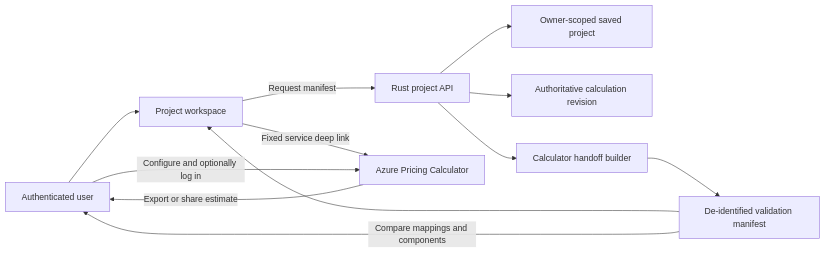
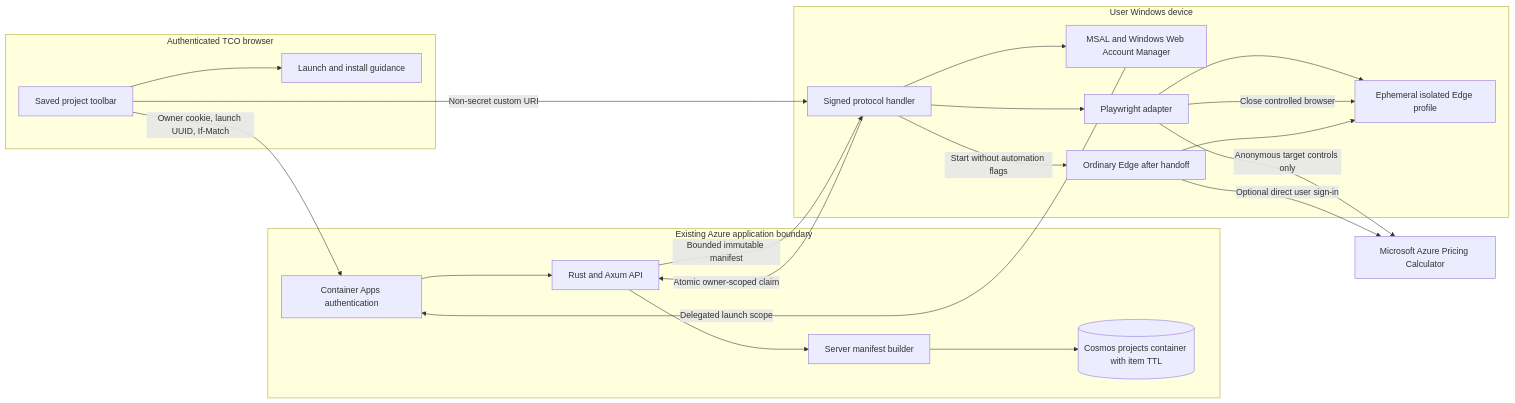
One commit to threadkeeper/tco-calculator changed the first of 3 diagrams in research/azure_open_calulator.md. Above: the diagram before and after it, drawn with Mermaid. The commit also changed other lines of this file and 28 other files, not shown here.

Commit message:
feat: add Windows calculator companion scaffold

````diff
--- a/research/azure_open_calulator.md
+++ b/research/azure_open_calulator.md
@@ -188,14 +264,39 @@
 ```mermaid
 flowchart LR
-    U[Authenticated user] --> W[Project workspace]
-    W -->|Request manifest| A[Rust project API]
-    A --> P[Owner-scoped saved project]
-    A --> R[Authoritative calculation revision]
-    A --> H[Calculator handoff builder]
-    H --> M[De-identified validation manifest]
-    M --> W
-    W -->|Fixed service deep link| C[Azure Pricing Calculator]
-    U -->|Configure and optionally log in| C
-    C -->|Export or share estimate| U
-    M -->|Compare mappings and components| U
+    subgraph Browser[Authenticated TCO browser]
+        UI[Saved project toolbar]
+      NOTICE[Launch and install guidance]
+    end
+    subgraph Azure[Existing Azure application boundary]
+        API[Rust and Axum API]
+        BUILD[Server manifest builder]
+        DB[(Cosmos projects container with item TTL)]
+        AUTH[Container Apps authentication]
+    end
+    subgraph Device[User Windows device]
+        ACT[Signed protocol handler]
+        WAM[MSAL and Windows Web Account Manager]
+        PW[Playwright adapter]
+        PDIR[Ephemeral isolated Edge profile]
+        EDGE[Ordinary Edge after handoff]
+    end
+    CALC[Microsoft Azure Pricing Calculator]
+
+    UI -->|Owner cookie, launch UUID, If-Match| AUTH
+    AUTH --> API
+    API --> BUILD
+    BUILD --> DB
+    UI -->|Non-secret custom URI| ACT
+    ACT --> WAM
+    WAM -->|Delegated launch scope| AUTH
+    ACT -->|Atomic owner-scoped claim| API
+    API -->|Bounded immutable manifest| ACT
+    ACT --> PW
+    PW --> PDIR
+    PW -->|Anonymous target controls only| CALC
+    PW -->|Close controlled browser| PDIR
+    ACT -->|Start without automation flags| EDGE
+    EDGE --> PDIR
+    EDGE -->|Optional direct user sign-in| CALC
+    UI --> NOTICE
 ```
````
